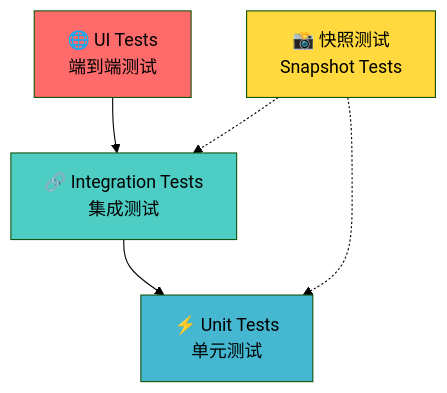
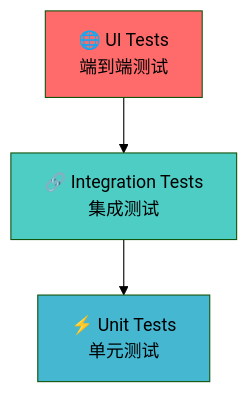
Before and after one commit to lynzz/vitest-demo: the first of 3 diagrams in slides.md, drawn with Mermaid (forest theme). The commit also changed other lines of this file and 11 other files, not shown here.

````diff
--- a/slides.md
+++ b/slides.md
@@ -111,13 +112,9 @@
 ```mermaid {scale: 0.9}
 graph TD
     A["🌐 UI Tests<br/>端到端测试"] --> B["🔗 Integration Tests<br/>集成测试"]
     B --> C["⚡ Unit Tests<br/>单元测试"]
     
-    D["📸 快照测试<br/>Snapshot Tests"] -.-> C
-    D -.-> B
-    
     style A fill:#ff6b6b
     style B fill:#4ecdc4
     style C fill:#45b7d1
-    style D fill:#ffd93d
 ```
````
